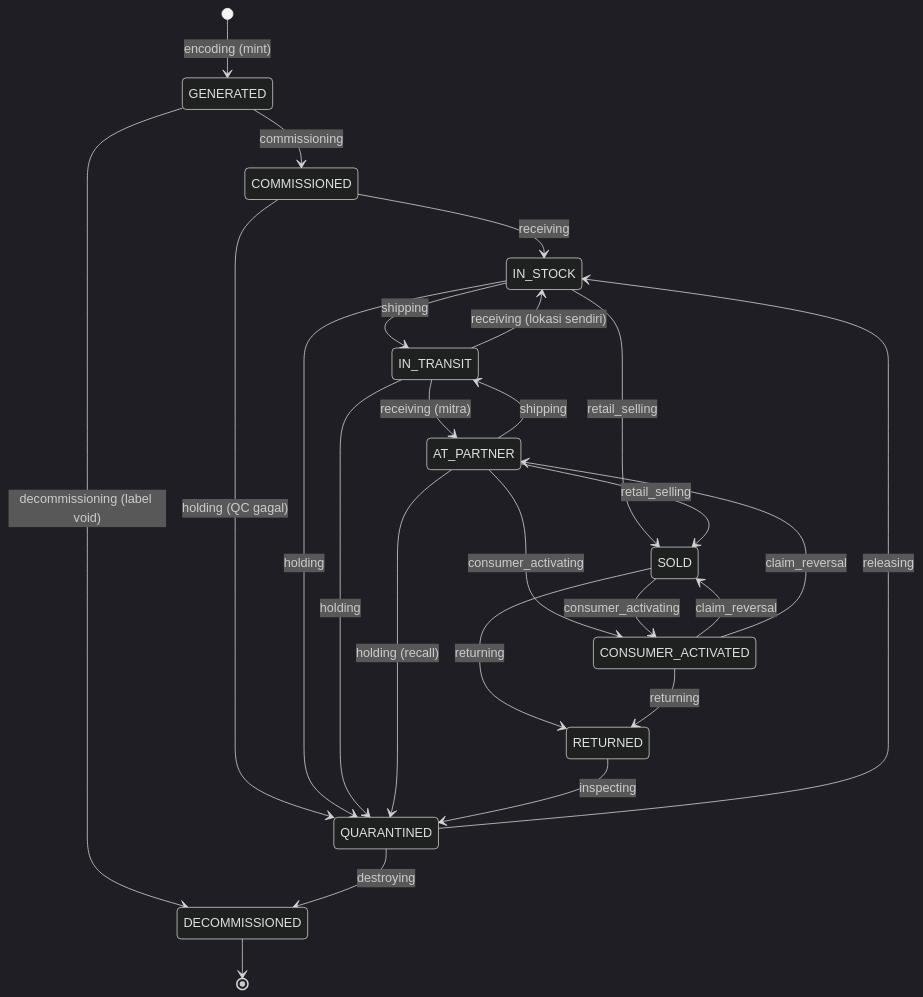
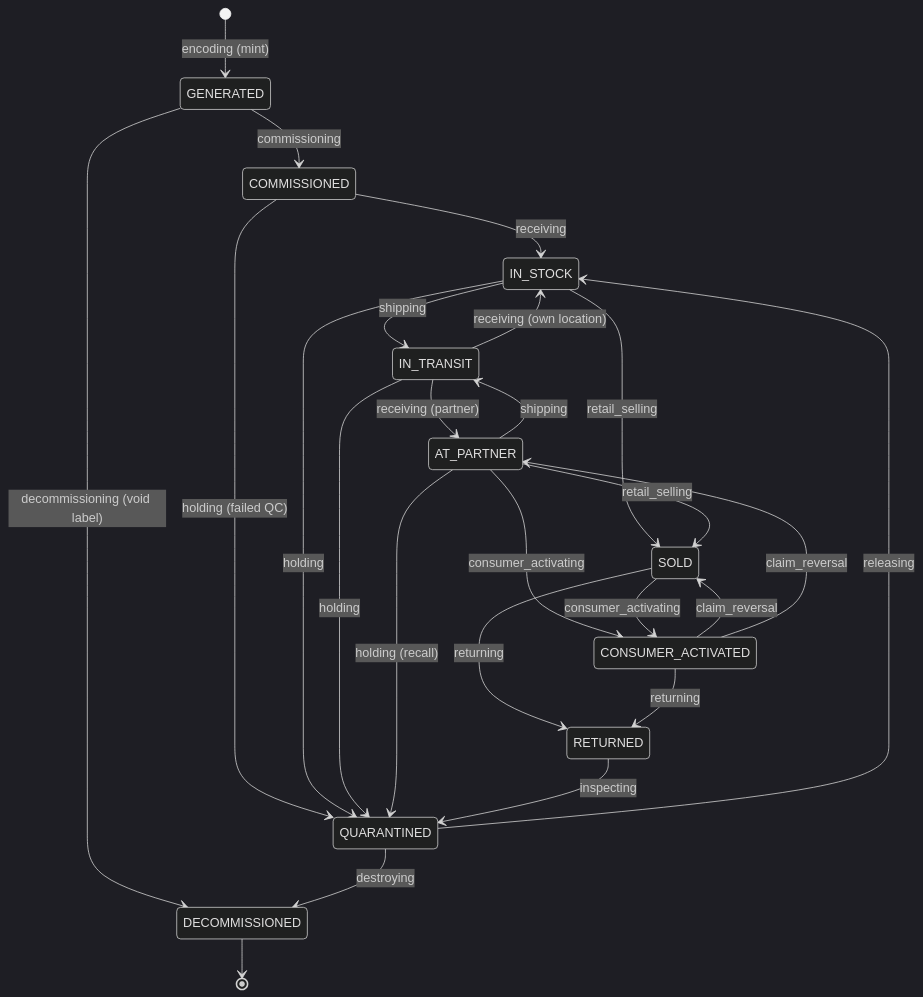
Before and after one commit to mydisha/mganik: the third of 9 diagrams in ARCHITECTURE.md, drawn with Mermaid (dark theme). The commit also changed other lines of this file and 4 other files, not shown here.

````diff
--- a/ARCHITECTURE.md
+++ b/ARCHITECTURE.md
@@ -208,27 +213,27 @@
 ```mermaid
 stateDiagram-v2
   [*] --> GENERATED: encoding (mint)
   GENERATED --> COMMISSIONED: commissioning
-  GENERATED --> DECOMMISSIONED: decommissioning (label void)
+  GENERATED --> DECOMMISSIONED: decommissioning (void label)
   COMMISSIONED --> IN_STOCK: receiving
-  COMMISSIONED --> QUARANTINED: holding (QC gagal)
+  COMMISSIONED --> QUARANTINED: holding (failed QC)
   IN_STOCK --> IN_TRANSIT: shipping
   IN_STOCK --> SOLD: retail_selling
   IN_STOCK --> QUARANTINED: holding
-  IN_TRANSIT --> IN_STOCK: receiving (lokasi sendiri)
-  IN_TRANSIT --> AT_PARTNER: receiving (mitra)
+  IN_TRANSIT --> IN_STOCK: receiving (own location)
+  IN_TRANSIT --> AT_PARTNER: receiving (partner)
   IN_TRANSIT --> QUARANTINED: holding
   AT_PARTNER --> IN_TRANSIT: shipping
   AT_PARTNER --> SOLD: retail_selling
   AT_PARTNER --> CONSUMER_ACTIVATED: consumer_activating
   AT_PARTNER --> QUARANTINED: holding (recall)
   SOLD --> CONSUMER_ACTIVATED: consumer_activating
   SOLD --> RETURNED: returning
   CONSUMER_ACTIVATED --> RETURNED: returning
   CONSUMER_ACTIVATED --> SOLD: claim_reversal
   CONSUMER_ACTIVATED --> AT_PARTNER: claim_reversal
   RETURNED --> QUARANTINED: inspecting
   QUARANTINED --> IN_STOCK: releasing
   QUARANTINED --> DECOMMISSIONED: destroying
   DECOMMISSIONED --> [*]
 ```
````
